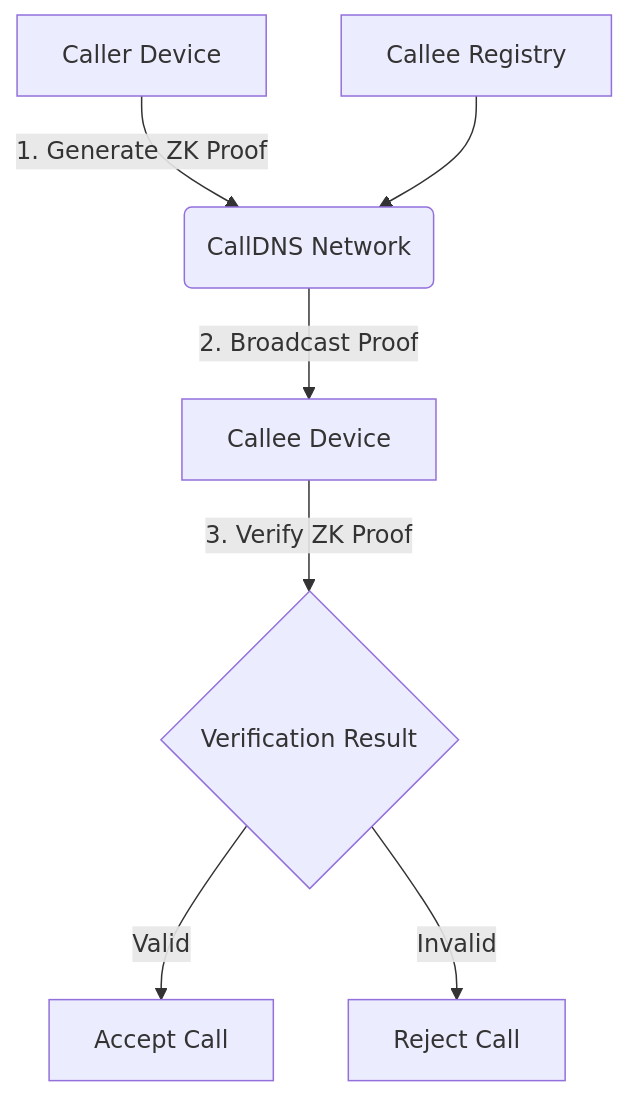
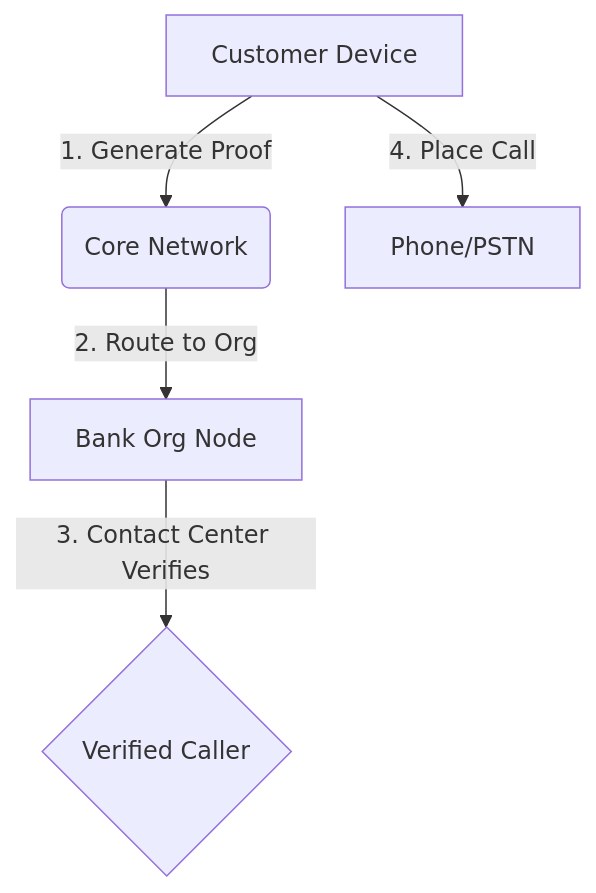
Before and after one commit to Skelf-Research/tessera: the second of 2 diagrams in docs/architecture.md, drawn with Mermaid. The commit also changed other lines of this file and 17 other files, not shown here.

Commit message:
Updated SDK and architecture documents

````diff
--- a/docs/architecture.md
+++ b/docs/architecture.md
@@ -10,9 +21,7 @@
 ```mermaid
 graph TD
-    A[Caller Device] -->|1. Generate ZK Proof| B(CallDNS Network)
-    B -->|2. Broadcast Proof| C[Callee Device]
-    C -->|3. Verify ZK Proof| D{Verification Result}
-    D -->|Valid| E[Accept Call]
-    D -->|Invalid| F[Reject Call]
-    G[Callee Registry] --> B
+    A[Customer Device] -->|1. Generate Proof| B(Core Network)
+    B -->|2. Route to Org| C[Bank Org Node]
+    C -->|3. Contact Center Verifies| D{Verified Caller}
+    A -->|4. Place Call| E[Phone/PSTN]
 ```
````
